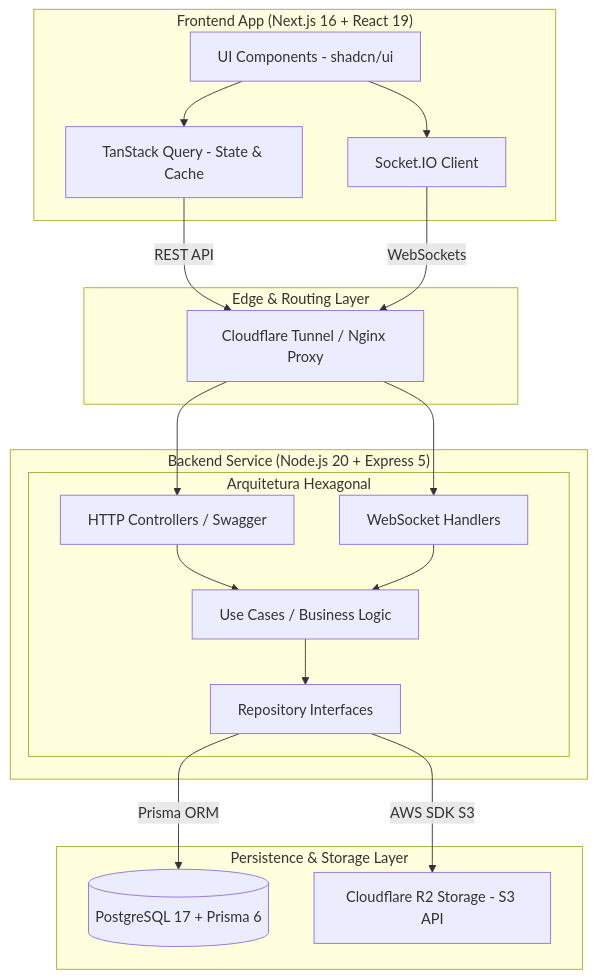
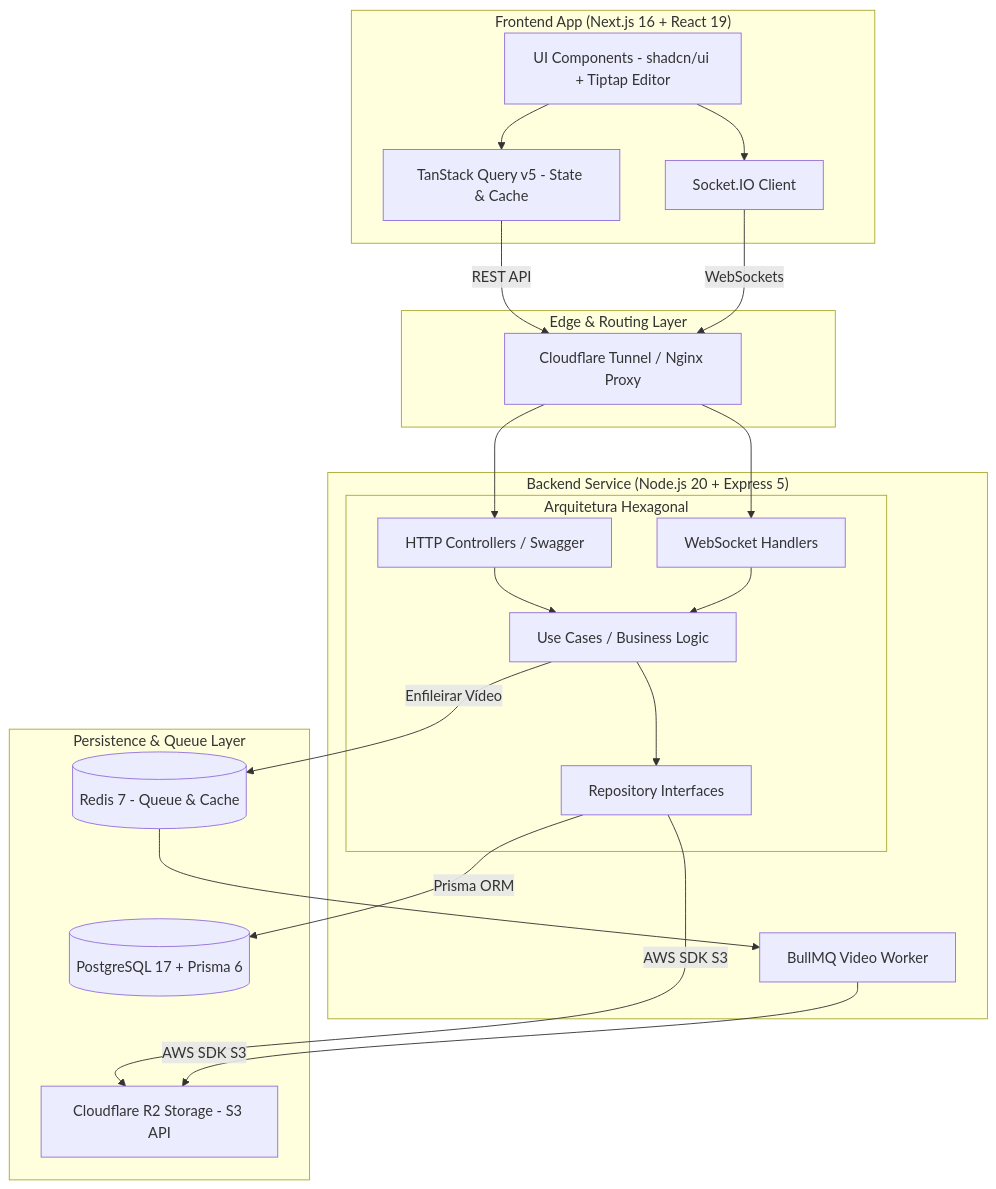
The diagram in README.md (ENDERSON-MARIN/BIZSOCIAL-SHOWCASE), drawn with Mermaid before and after one commit. The commit also changed other lines of this file, not shown here.

````diff
--- a/README.md
+++ b/README.md
@@ -44,35 +44,39 @@
 ```mermaid
 flowchart TD
     subgraph Client ["Frontend App (Next.js 16 + React 19)"]
-        UI[UI Components - shadcn/ui]
-        TQ[TanStack Query - State & Cache]
+        UI[UI Components - shadcn/ui + Tiptap Editor]
+        TQ[TanStack Query v5 - State & Cache]
         WS_C[Socket.IO Client]
     end
 
     subgraph Infra_Gateway ["Edge & Routing Layer"]
         CF[Cloudflare Tunnel / Nginx Proxy]
     end
 
     subgraph Backend ["Backend Service (Node.js 20 + Express 5)"]
         subgraph Ports_Adapters ["Arquitetura Hexagonal"]
             HTTP_A[HTTP Controllers / Swagger]
             WS_A[WebSocket Handlers]
             UC[Use Cases / Business Logic]
             REPO[Repository Interfaces]
         end
+        WORKER[BullMQ Video Worker]
     end
 
-    subgraph Data_Storage ["Persistence & Storage Layer"]
+    subgraph Data_Storage ["Persistence & Queue Layer"]
         PG[(PostgreSQL 17 + Prisma 6)]
+        REDIS[(Redis 7 - Queue & Cache)]
         R2[Cloudflare R2 Storage - S3 API]
     end
 
     UI --> TQ & WS_C
     TQ -->|REST API| CF
     WS_C -->|WebSockets| CF
     CF --> HTTP_A & WS_A
     HTTP_A & WS_A --> UC
     UC --> REPO
+    UC -->|Enfileirar Vídeo| REDIS
+    REDIS --> WORKER
     REPO -->|Prisma ORM| PG
-    REPO -->|AWS SDK S3| R2
+    REPO & WORKER -->|AWS SDK S3| R2
 ```
````
